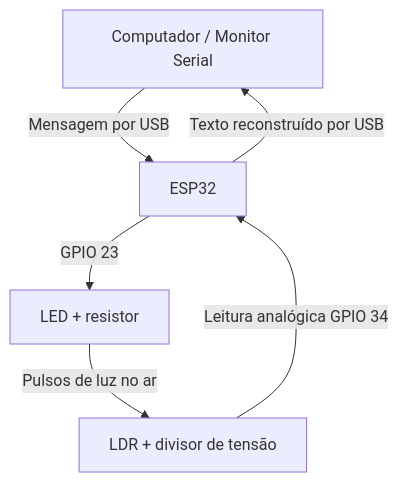
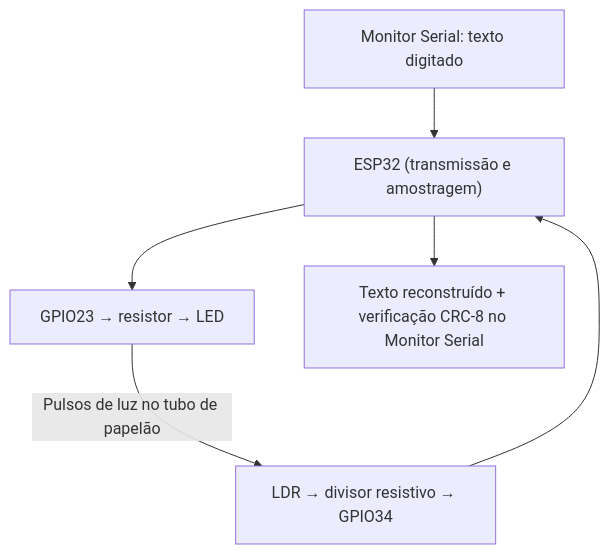
The diagram in README.md (AltSkyForce/comunicador-optico-li-fi-esp32), drawn with Mermaid before and after one commit. The commit also changed other lines of this file and 3 other files, not shown here.

````diff
--- a/README.md
+++ b/README.md
@@ -14,8 +12,8 @@
 ```mermaid
 flowchart TD
-    PC[Computador / Monitor Serial] -->|Mensagem por USB| ESP[ESP32]
-    ESP -->|GPIO 23| LED[LED + resistor]
-    LED -->|Pulsos de luz no ar| LDR[LDR + divisor de tensão]
-    LDR -->|Leitura analógica GPIO 34| ESP
-    ESP -->|Texto reconstruído por USB| PC
+    PC["Monitor Serial: texto digitado"] --> ESP["ESP32 (transmissão e amostragem)"]
+    ESP --> LED["GPIO23 → resistor → LED"]
+    LED -->|"Pulsos de luz no tubo de papelão"| LDR["LDR → divisor resistivo → GPIO34"]
+    LDR --> ESP
+    ESP --> RESULTADO["Texto reconstruído + verificação CRC-8 no Monitor Serial"]
 ```
````
